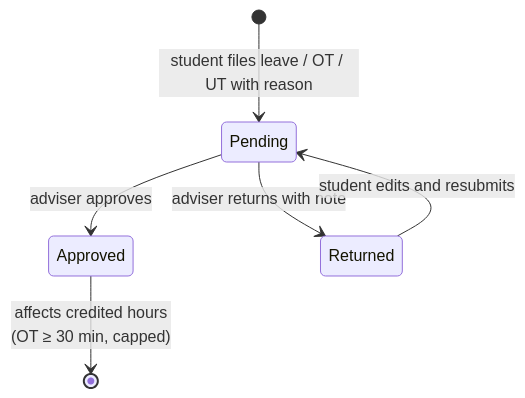
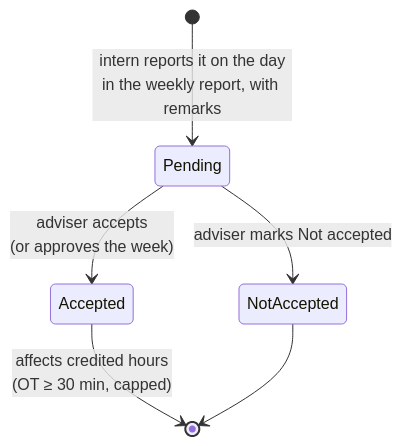
One commit to team-beacon-slu/idsms-cis changed diagram 16 of 21 in docs/system/13-app-flow.md. Above: the diagram before and after it, drawn with Mermaid. The commit also changed other lines of this file and 21 other files, not shown here.

````diff
--- a/docs/system/13-app-flow.md
+++ b/docs/system/13-app-flow.md
@@ -366,8 +383,8 @@
 ```mermaid
 stateDiagram-v2
-    [*] --> Pending: student files leave / OT / UT with reason
-    Pending --> Approved: adviser approves
-    Pending --> Returned: adviser returns with note
-    Returned --> Pending: student edits and resubmits
-    Approved --> [*]: affects credited hours<br/>(OT ≥ 30 min, capped)
+    [*] --> Pending: intern reports it on the day<br/>in the weekly report, with remarks
+    Pending --> Accepted: adviser accepts<br/>(or approves the week)
+    Pending --> NotAccepted: adviser marks Not accepted
+    Accepted --> [*]: affects credited hours<br/>(OT ≥ 30 min, capped)
+    NotAccepted --> [*]
 ```
````
